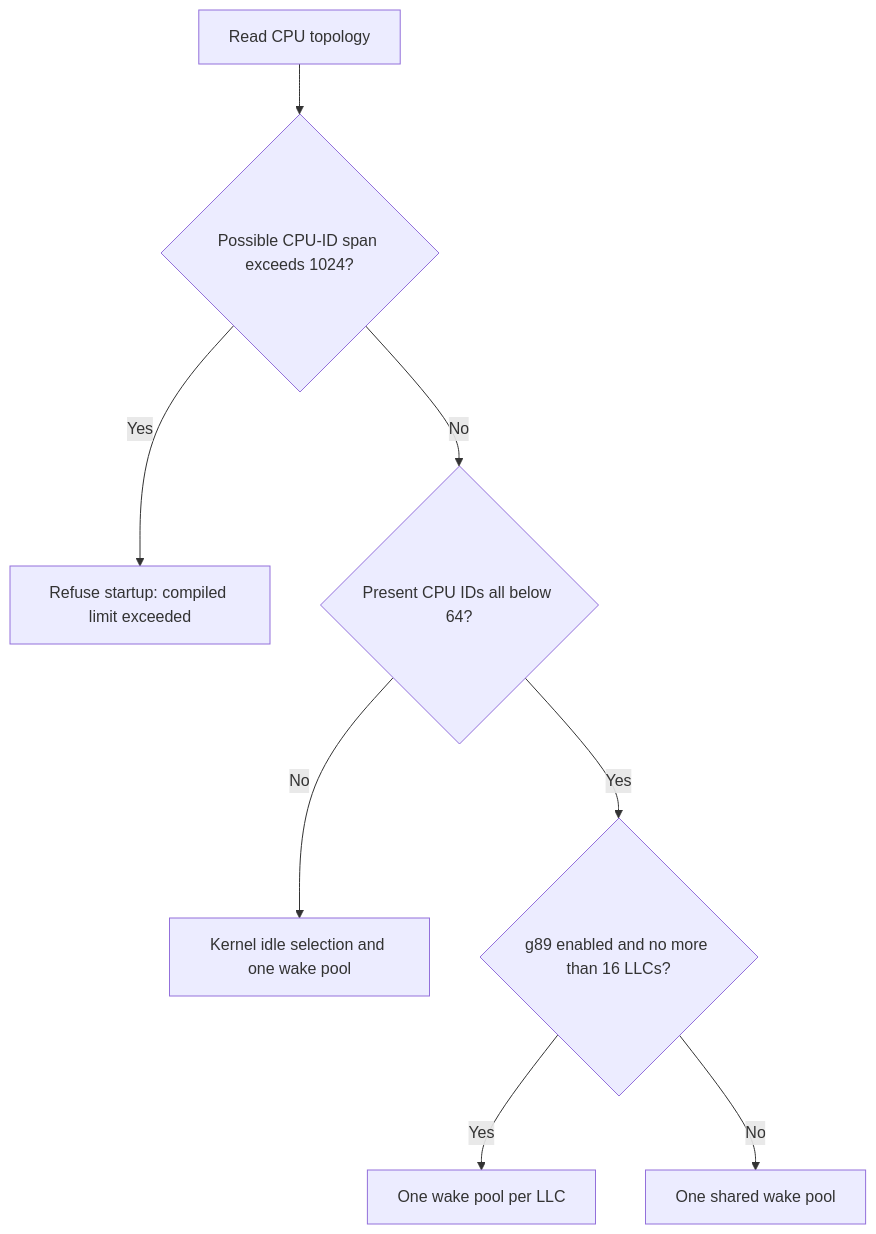
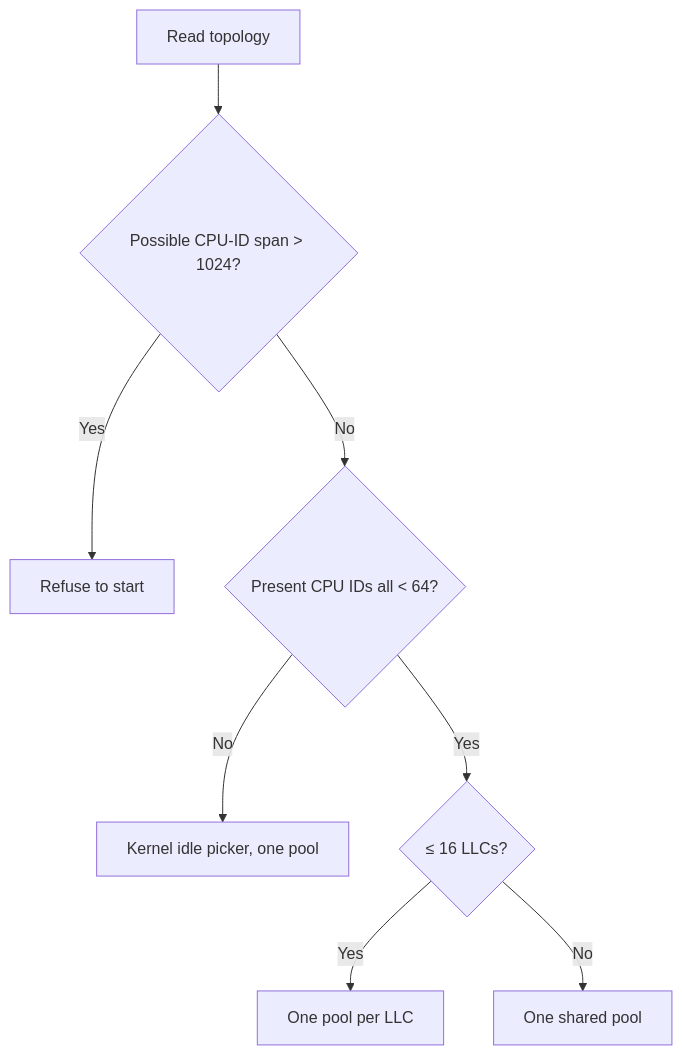
The fourth of 5 diagrams in scheds/rust/scx_cake/DESIGN.md (sched-ext/scx), drawn with Mermaid before and after one commit. The commit also changed other lines of this file and 15 other files, not shown here.

````diff
--- a/scheds/rust/scx_cake/DESIGN.md
+++ b/scheds/rust/scx_cake/DESIGN.md
@@ -109,10 +134,10 @@
 ```mermaid
 flowchart TD
-    T["Read CPU topology"] --> B{"Possible CPU-ID span exceeds 1024?"}
-    B -->|Yes| F["Refuse startup: compiled limit exceeded"]
-    B -->|No| N{"Present CPU IDs all below 64?"}
-    N -->|No| G["Kernel idle selection and one wake pool"]
-    N -->|Yes| Q{"g89 enabled and no more than 16 LLCs?"}
-    Q -->|Yes| M["One wake pool per LLC"]
-    Q -->|No| U["One shared wake pool"]
+    T["Read topology"] --> B{"Possible CPU-ID span > 1024?"}
+    B -->|Yes| F["Refuse to start"]
+    B -->|No| N{"Present CPU IDs all < 64?"}
+    N -->|No| G["Kernel idle picker, one pool"]
+    N -->|Yes| Q{"≤ 16 LLCs?"}
+    Q -->|Yes| M["One pool per LLC"]
+    Q -->|No| U["One shared pool"]
 ```
````
